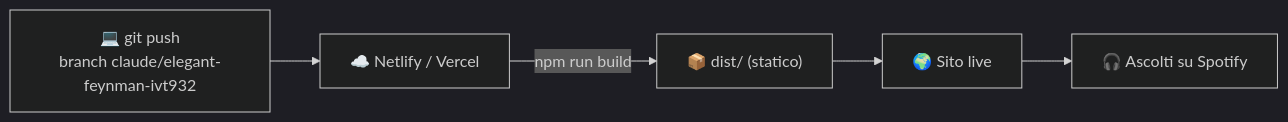
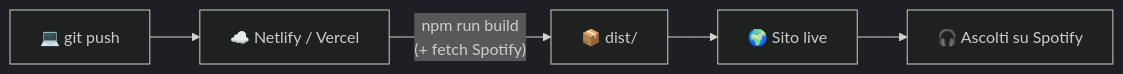
The second of 2 diagrams in README.md (tramitemarketing/IlRitornoDelFedino), drawn with Mermaid (dark theme) before and after one commit. The commit also changed other lines of this file and 6 other files, not shown here.

````diff
--- a/README.md
+++ b/README.md
@@ -67,7 +65,7 @@
 ```mermaid
 flowchart LR
-    Dev["💻 git push<br/>branch claude/elegant-feynman-ivt932"] --> CI["☁️ Netlify / Vercel"]
-    CI -->|"npm run build"| Out["📦 dist/ (statico)"]
+    Dev["💻 git push"] --> CI["☁️ Netlify / Vercel"]
+    CI -->|"npm run build<br/>(+ fetch Spotify)"| Out["📦 dist/"]
     Out --> Web["🌍 Sito live"]
     Web --> Spotify["🎧 Ascolti su Spotify"]
 ```
````
